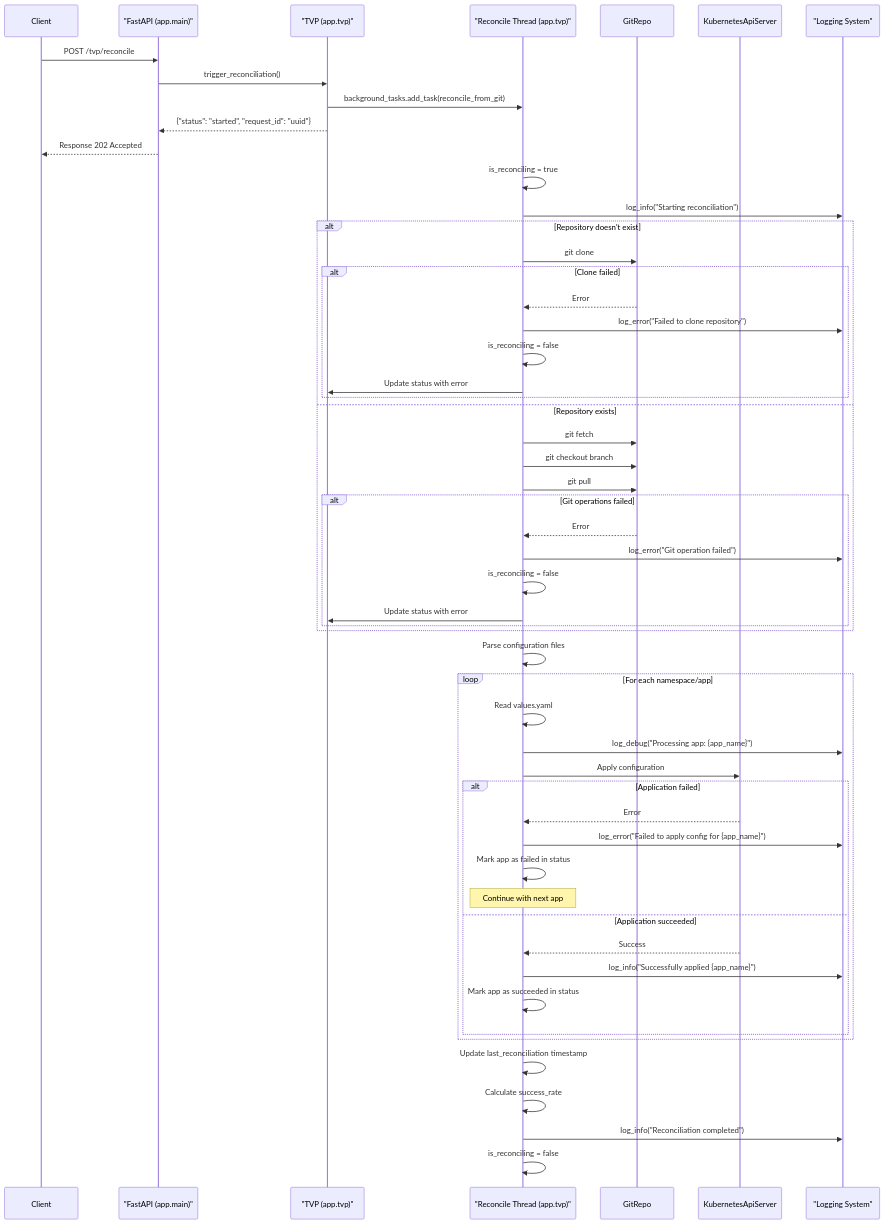
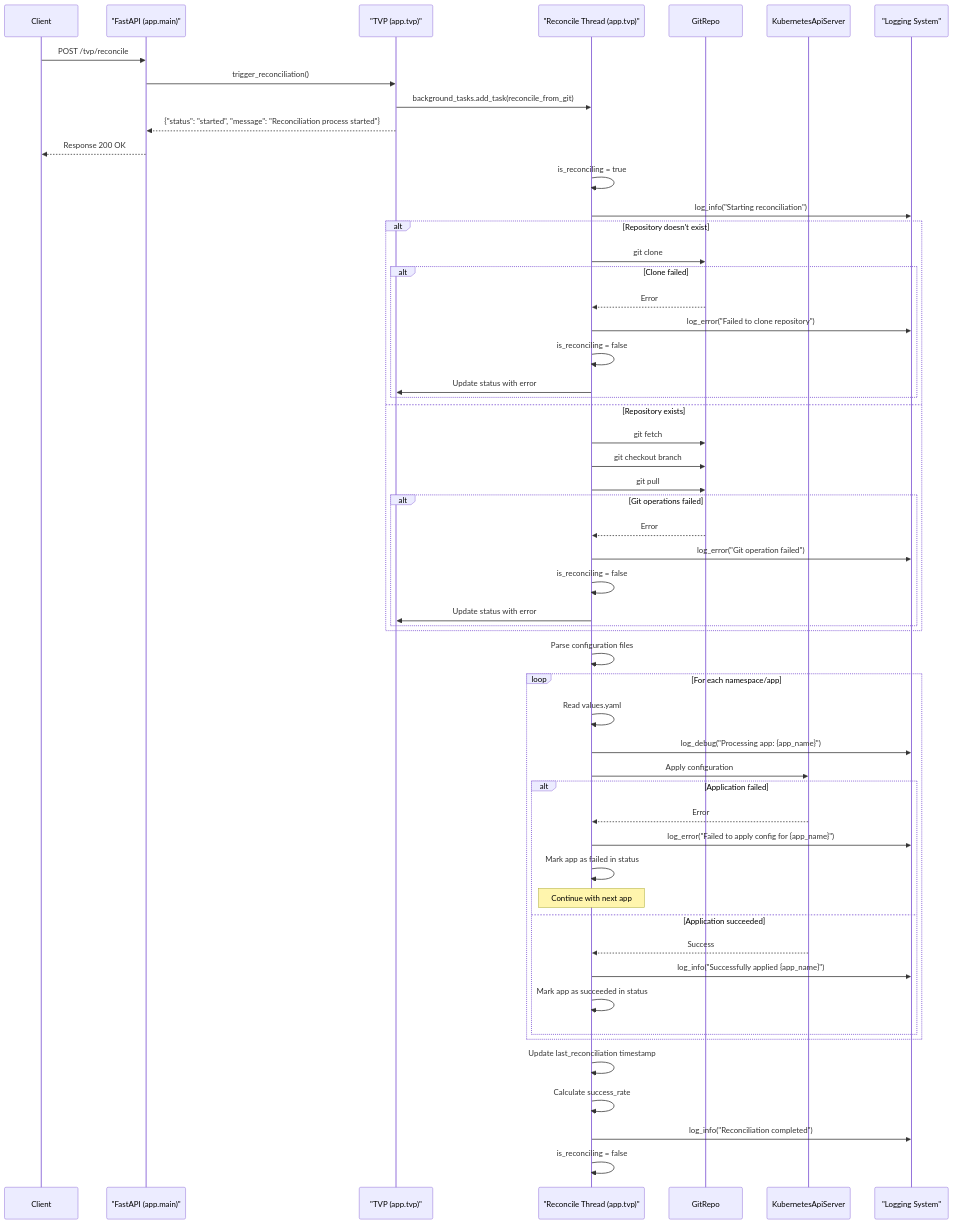
Before and after one commit to lloydchang/tvp-k8s: the diagram in fastapi/mermaid/tvp-reconciliation-sequence.mermaid, drawn with Mermaid. The commit also changed 1 other file, not shown here.

```diff
--- a/fastapi/mermaid/tvp-reconciliation-sequence.mermaid
+++ b/fastapi/mermaid/tvp-reconciliation-sequence.mermaid
@@ -1,60 +1,60 @@
 sequenceDiagram
     participant Client
     participant FastAPI as "FastAPI (app.main)"
     participant TVP as "TVP (app.tvp)"
     participant ReconcileThread as "Reconcile Thread (app.tvp)"
     participant GitRepo
     participant KubernetesApiServer
     participant Logger as "Logging System"
     
     Client->>FastAPI: POST /tvp/reconcile
     FastAPI->>TVP: trigger_reconciliation()
     TVP->>ReconcileThread: background_tasks.add_task(reconcile_from_git)
-    TVP-->>FastAPI: {"status": "started", "request_id": "uuid"}
-    FastAPI-->>Client: Response 202 Accepted
+    TVP-->>FastAPI: {"status": "started", "message": "Reconciliation process started"}
+    FastAPI-->>Client: Response 200 OK
     
     ReconcileThread->>ReconcileThread: is_reconciling = true
     ReconcileThread->>Logger: log_info("Starting reconciliation")
     
     alt Repository doesn't exist
         ReconcileThread->>GitRepo: git clone
         alt Clone failed
             GitRepo-->>ReconcileThread: Error
             ReconcileThread->>Logger: log_error("Failed to clone repository")
             ReconcileThread->>ReconcileThread: is_reconciling = false
             ReconcileThread->>TVP: Update status with error
         end
     else Repository exists
         ReconcileThread->>GitRepo: git fetch
         ReconcileThread->>GitRepo: git checkout branch
         ReconcileThread->>GitRepo: git pull
         alt Git operations failed
             GitRepo-->>ReconcileThread: Error
             ReconcileThread->>Logger: log_error("Git operation failed")
             ReconcileThread->>ReconcileThread: is_reconciling = false
             ReconcileThread->>TVP: Update status with error
         end
     end
     
     ReconcileThread->>ReconcileThread: Parse configuration files
     
     loop For each namespace/app
         ReconcileThread->>ReconcileThread: Read values.yaml
         ReconcileThread->>Logger: log_debug("Processing app: {app_name}")
         ReconcileThread->>KubernetesApiServer: Apply configuration
         alt Application failed
             KubernetesApiServer-->>ReconcileThread: Error
             ReconcileThread->>Logger: log_error("Failed to apply config for {app_name}")
             ReconcileThread->>ReconcileThread: Mark app as failed in status
             note over ReconcileThread: Continue with next app
         else Application succeeded
             KubernetesApiServer-->>ReconcileThread: Success
             ReconcileThread->>Logger: log_info("Successfully applied {app_name}")
             ReconcileThread->>ReconcileThread: Mark app as succeeded in status
         end
     end
     
     ReconcileThread->>ReconcileThread: Update last_reconciliation timestamp
     ReconcileThread->>ReconcileThread: Calculate success_rate
     ReconcileThread->>Logger: log_info("Reconciliation completed")
     ReconcileThread->>ReconcileThread: is_reconciling = false
```
